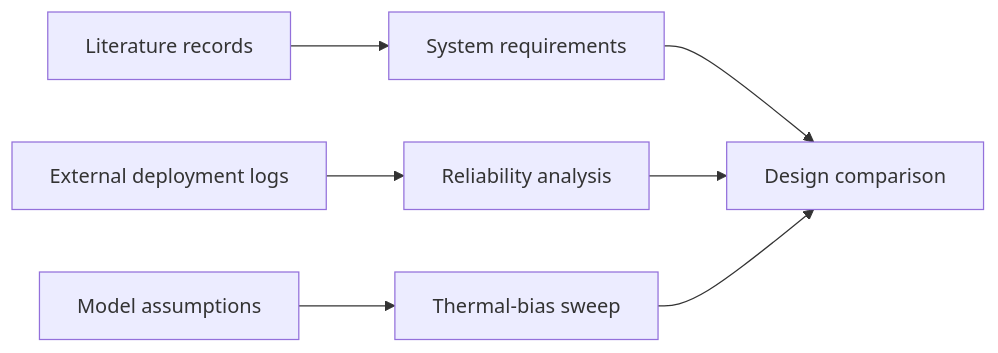
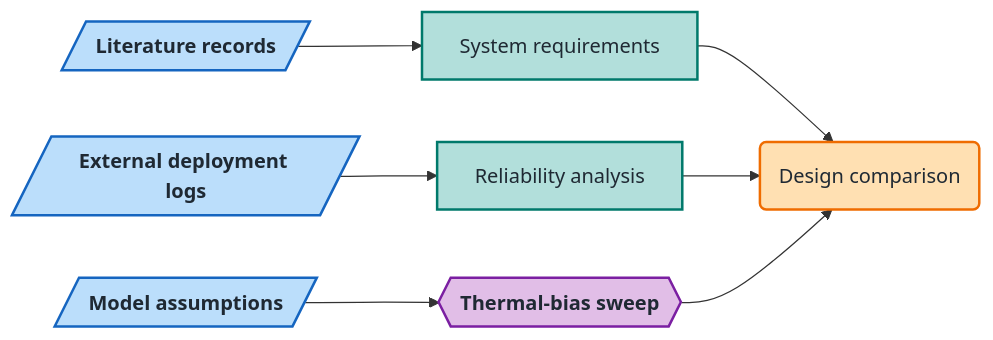
The diagram in README.md (500ft/Enclosure-Research), drawn with Mermaid before and after one commit. The commit also changed other lines of this file, not shown here.

Commit message:
docs: re-encode method diagram in the repo-standard visual language
Role-encoded mermaid (shape carries the role, color reinforces it):
parallelogram = input, rectangle = process, hexagon = core method,
diamond = gate, rounded = result, pill = endpoint. Same flow content.

````diff
--- a/README.md
+++ b/README.md
@@ -32,9 +32,14 @@
 ```mermaid
 flowchart LR
-    L[Literature records] --> S[System requirements]
-    D[External deployment logs] --> R[Reliability analysis]
-    A[Model assumptions] --> T[Thermal-bias sweep]
-    S --> C[Design comparison]
+    classDef input    fill:#bbdefb,stroke:#1565c0,stroke-width:2px,color:#1f2933,font-weight:bold;
+    classDef process  fill:#b2dfdb,stroke:#00796b,stroke-width:2px,color:#1f2933;
+    classDef core     fill:#e1bee7,stroke:#7b1fa2,stroke-width:2px,color:#1f2933,font-weight:bold;
+    classDef result   fill:#ffe0b2,stroke:#ef6c00,stroke-width:2px,color:#1f2933;
+
+    L[/Literature records/]:::input --> S[System requirements]:::process
+    D[/External deployment logs/]:::input --> R[Reliability analysis]:::process
+    A[/Model assumptions/]:::input --> T{{Thermal-bias sweep}}:::core
+    S --> C(Design comparison):::result
     R --> C
     T --> C
 ```
````
